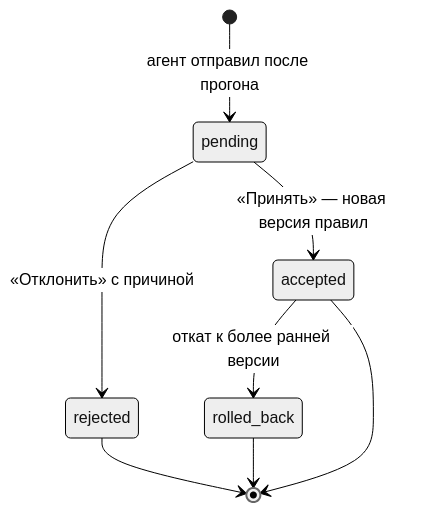
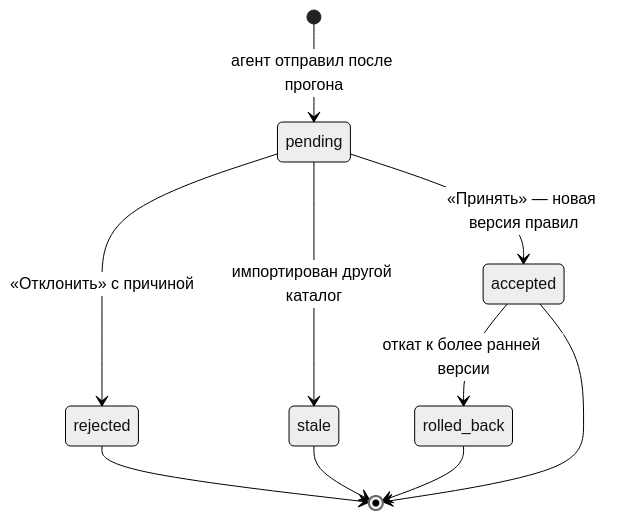
The fourth of 4 diagrams in docs/ARCHITECTURE.md (olegator-rus/rokotovka-plexet-kuznitsa), drawn with Mermaid (neutral theme) before and after one commit. The commit also changed other lines of this file and 57 other files, not shown here.

````diff
--- a/docs/ARCHITECTURE.md
+++ b/docs/ARCHITECTURE.md
@@ -200,10 +218,12 @@
 ```mermaid
 stateDiagram-v2
     [*] --> pending: агент отправил после прогона
     pending --> accepted: «Принять» — новая версия правил
     pending --> rejected: «Отклонить» с причиной
+    pending --> stale: импортирован другой каталог
     accepted --> rolled_back: откат к более ранней версии
     rejected --> [*]
+    stale --> [*]
     rolled_back --> [*]
     accepted --> [*]
 ```
````
